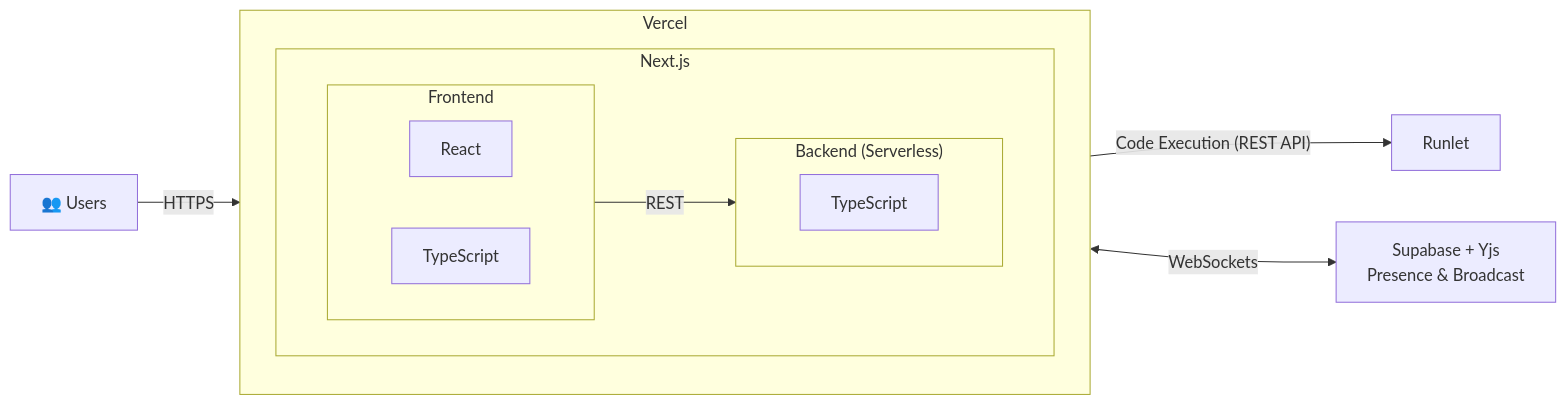
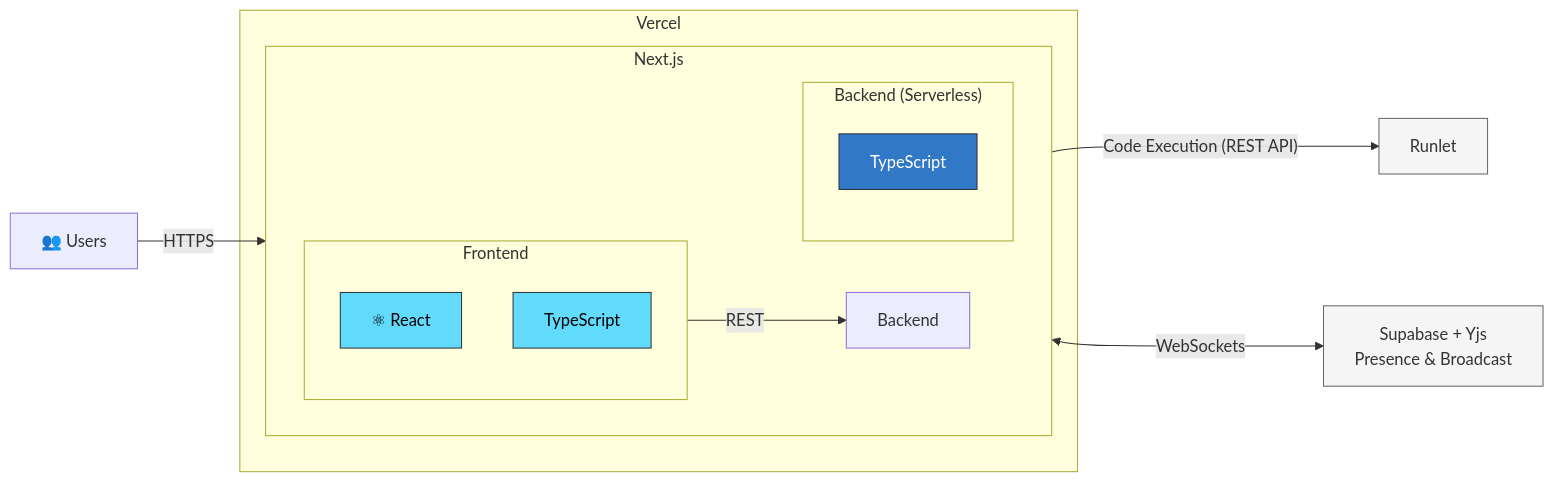
Before and after one commit to Nravitejareddy/Dev-Along: the diagram in README.md, drawn with Mermaid. The commit also changed other lines of this file, not shown here.

Commit message:
Revise README with updated architecture and services
Updated system architecture diagram and descriptions in README.

````diff
--- a/README.md
+++ b/README.md
@@ -23,35 +23,36 @@
 ```mermaid
 flowchart LR
+    classDef frontend fill:#61dafb,color:#000,stroke:#333;
+    classDef backend fill:#3178c6,color:#fff,stroke:#333;
+    classDef external fill:#f5f5f5,stroke:#666;
 
-    %% Users
     U[👥 Users]
 
-    %% Vercel
-    subgraph V[Vercel]
-        direction TB
-
-        subgraph N[Next.js]
+    subgraph Vercel
+        subgraph "Next.js"
             direction LR
 
-            subgraph FE[Frontend]
-                React["React"]
-                TS1["TypeScript"]
+            subgraph Frontend
+                React["⚛ React"]
+                FTS["TypeScript"]
             end
 
-            subgraph BE["Backend (Serverless)"]
-                TS2["TypeScript"]
+            subgraph "Backend (Serverless)"
+                BTS["TypeScript"]
             end
 
-            FE -- REST --> BE
+            Frontend -->|REST| Backend
         end
     end
 
-    %% External Services
-    R[Runlet]
-    S["Supabase + Yjs<br/>Presence & Broadcast"]
+    Runlet["Runlet"]
+    Supabase["Supabase + Yjs<br/>Presence & Broadcast"]
 
-    %% Connections
-    U -- HTTPS --> FE
-    BE -- "Code Execution (REST API)" --> R
-    FE <-- WebSockets --> S
+    U -->|HTTPS| Frontend
+    Backend -->|"Code Execution (REST API)"| Runlet
+    Frontend <-->|WebSockets| Supabase
+
+    class React,FTS frontend
+    class BTS backend
+    class Runlet,Supabase external
 ```
````
